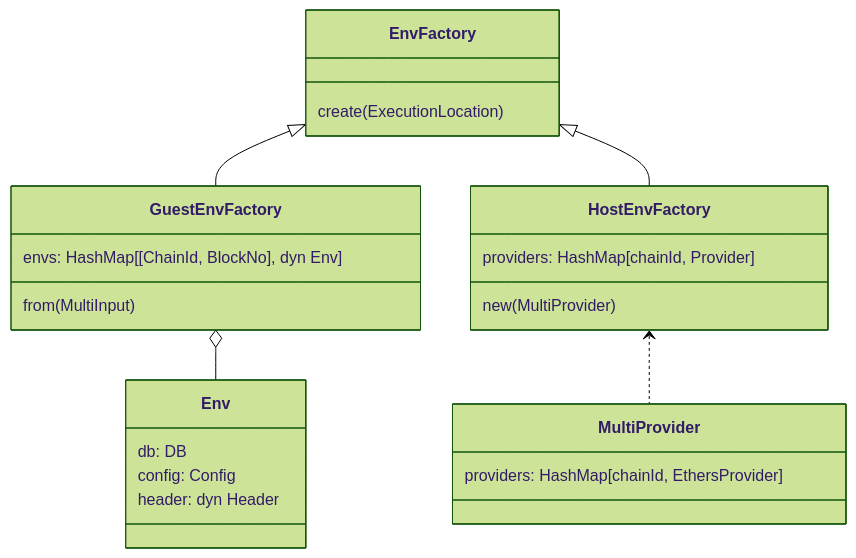
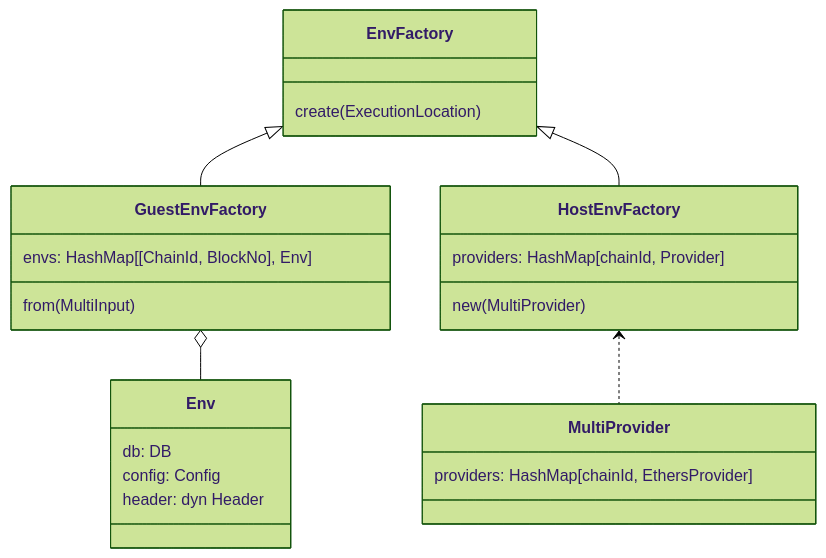
Before and after one commit to vlayer-xyz/vlayer: the diagram in book/src/appendix/architecture/multi.md, drawn with Mermaid (forest theme).

````diff
--- a/book/src/appendix/architecture/multi.md
+++ b/book/src/appendix/architecture/multi.md
@@ -37,32 +37,32 @@
 ```mermaid
 classDiagram
 
 class EnvFactory {
   create(ExecutionLocation)
 }
 
 class HostEnvFactory {
   providers: HashMap[chainId, Provider]
   new(MultiProvider)
 }
 
 class GuestEnvFactory {
-  envs: HashMap[[ChainId, BlockNo], dyn Env]
+  envs: HashMap[[ChainId, BlockNo], Env<WrapStateDB>]
   from(MultiInput)
 }
 
 class Env {
   db: DB
   config: Config
   header: dyn Header
 }
 
 class MultiProvider {
   providers: HashMap[chainId, EthersProvider]
 }
 
 EnvFactory <|-- GuestEnvFactory
 EnvFactory <|-- HostEnvFactory
 GuestEnvFactory o-- Env
 HostEnvFactory <.. MultiProvider
 ```
````
